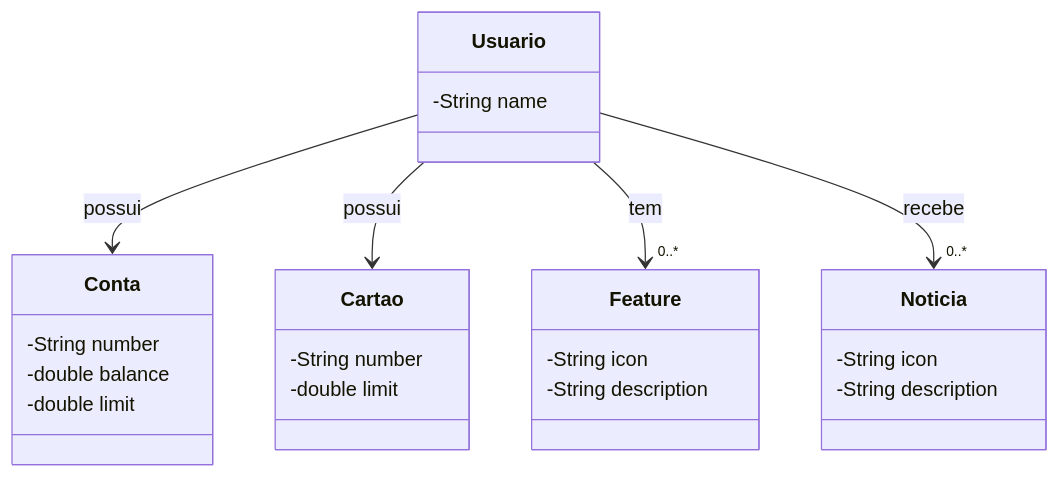
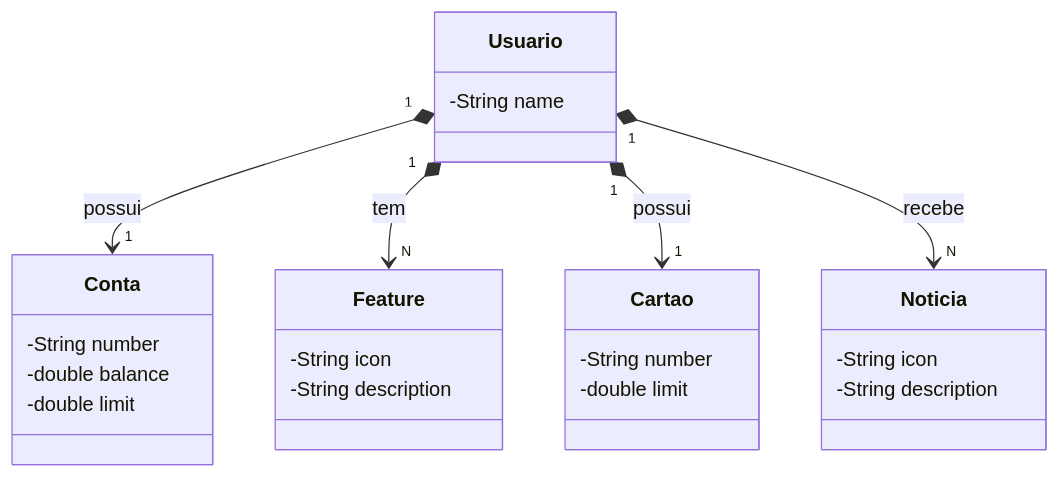
One commit to duarte-arthur21/santander-dev-week-2025 changed the diagram in README.md. Above: the diagram before and after it, drawn with Mermaid.

Commit message:
Adicioanndo a cardinalidades

````diff
--- a/README.md
+++ b/README.md
@@ -6,33 +6,32 @@
 ```mermaid
 classDiagram
     class Usuario {
         -String name
     }
 
     class Conta {
         -String number
         -double balance
         -double limit
     }
 
     class Feature {
         -String icon
         -String description
     }
 
     class Cartao {
         -String number
         -double limit
     }
 
     class Noticia {
         -String icon
         -String description
     }
 
-    Usuario --> Conta : possui
-    Usuario --> Cartao : possui
-    Usuario --> "0..*" Feature : tem
-    Usuario --> "0..*" Noticia : recebe
-
+    Usuario "1" *--> "1" Conta : possui
+    Usuario "1" *--> "N" Feature : tem
+    Usuario "1" *--> "1" Cartao : possui
+    Usuario "1" *--> "N" Noticia : recebe
 ```
````
